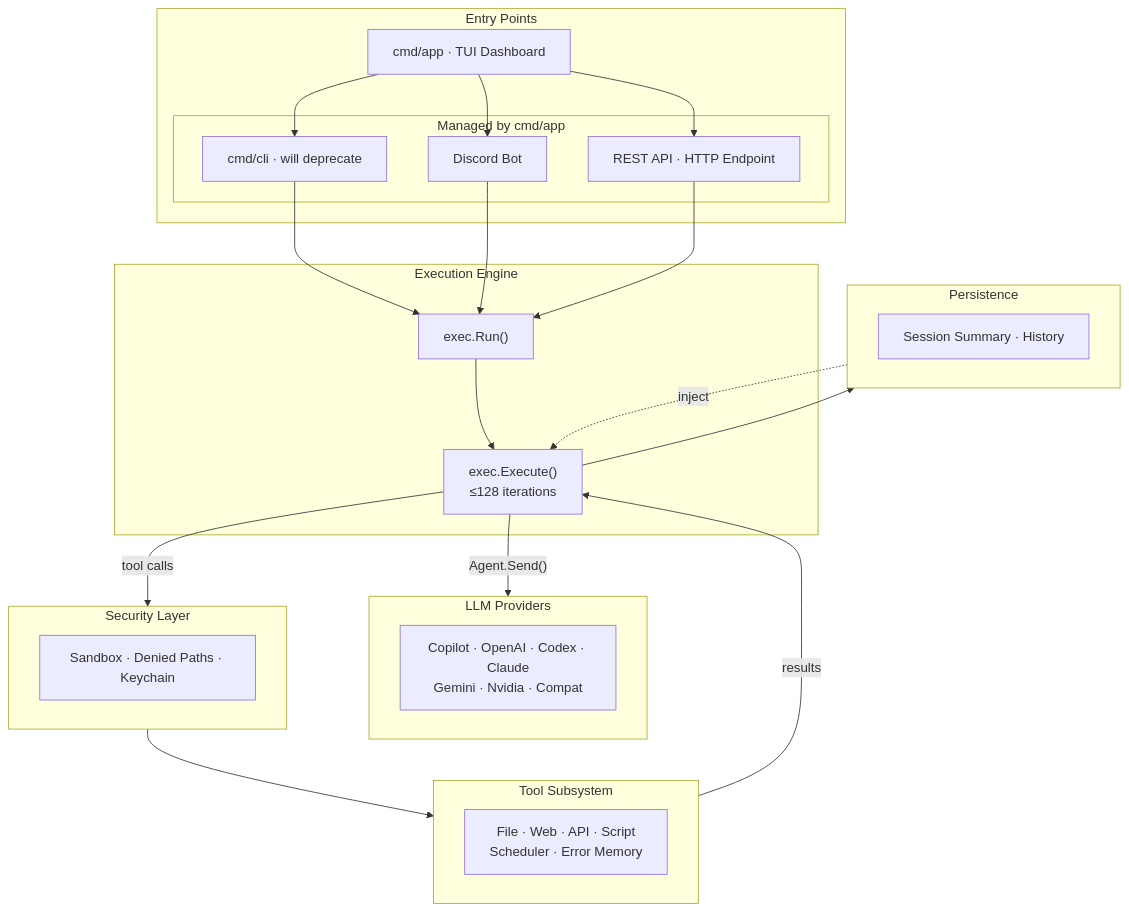
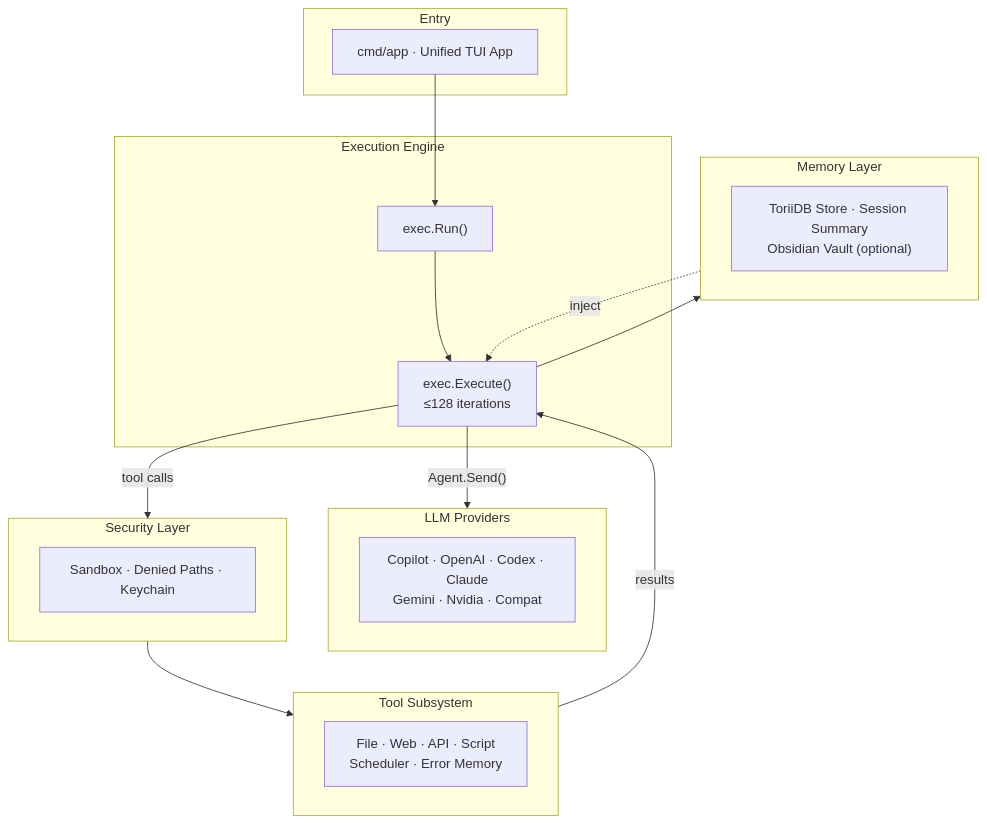
Before and after one commit to pardnchiu/Agenvoy: the diagram in README.md, drawn with Mermaid. The commit also changed other lines of this file and 5 other files, not shown here.

Commit message:
release: v0.18.0 Introduces vim-style TUI navigation with command input mode, consolidates CLI and server into a unified agen entrypoin

````diff
--- a/README.md
+++ b/README.md
@@ -51,46 +52,36 @@
 ```mermaid
 graph TB
-    subgraph Entry ["Entry Points"]
-        App["cmd/app · TUI Dashboard"]
-        subgraph Managed ["Managed by cmd/app"]
-            CLI["cmd/cli · will deprecate"]
-            Discord["Discord Bot"]
-            API["REST API · HTTP Endpoint"]
-        end
+    subgraph Entry ["Entry"]
+        App["cmd/app · Unified TUI App"]
     end
 
     subgraph Engine ["Execution Engine"]
         Run["exec.Run()"]
         Execute["exec.Execute()\n≤128 iterations"]
     end
 
     subgraph Providers ["LLM Providers"]
         P["Copilot · OpenAI · Codex · Claude\nGemini · Nvidia · Compat"]
     end
 
     subgraph Security ["Security Layer"]
         S["Sandbox · Denied Paths · Keychain"]
     end
 
     subgraph Tools ["Tool Subsystem"]
         T["File · Web · API · Script\nScheduler · Error Memory"]
     end
 
-    subgraph Persistence ["Persistence"]
-        PS["Session Summary · History"]
+    subgraph Memory ["Memory Layer"]
+        M["ToriiDB Store · Session Summary\nObsidian Vault (optional)"]
     end
 
-    App --> CLI
-    App --> Discord
-    App --> API
-    CLI --> Run
-    Discord --> Run
-    API --> Run
+    App --> Run
     Run --> Execute
     Execute -->|"Agent.Send()"| Providers
     Execute -->|"tool calls"| Security
     Security --> Tools
     Tools -->|"results"| Execute
-    Execute --> Persistence
-    Persistence -.->|"inject"| Execute
+    Execute --> Memory
+    Memory -.->|"inject"| Execute
 ```
````
